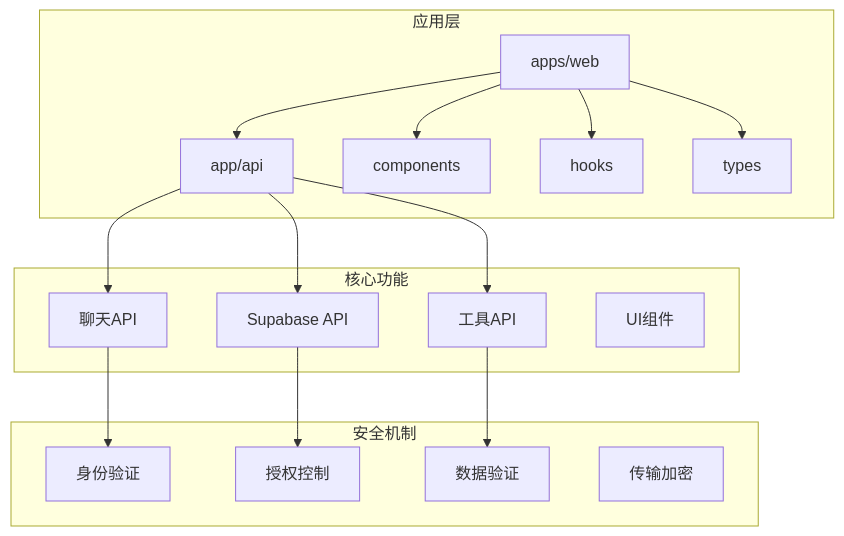
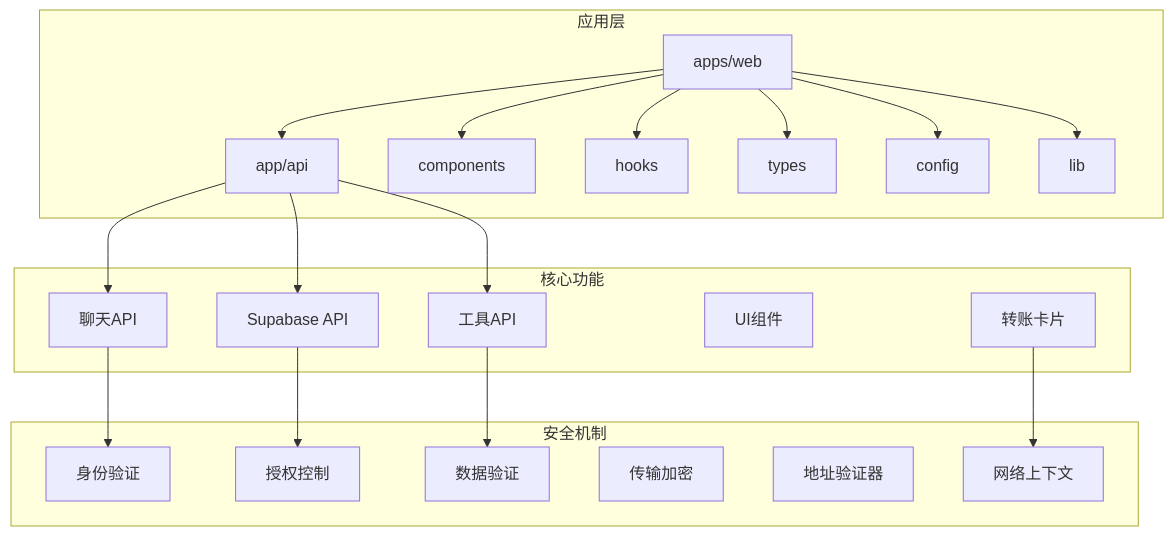
Before and after one commit to CryptoLinxu/Web3-AI-Agent: the first of 13 diagrams in .qoder/repowiki/zh/content/API参考文档/聊天API安全增强.md, drawn with Mermaid. The commit also changed other lines of this file and 9 other files, not shown here.

````diff
--- a/.qoder/repowiki/zh/content/API参考文档/聊天API安全增强.md
+++ b/.qoder/repowiki/zh/content/API参考文档/聊天API安全增强.md
@@ -46,32 +54,40 @@
 ```mermaid
 graph TB
 subgraph "应用层"
 Web[apps/web]
 API[app/api]
 Components[components]
 Hooks[hooks]
 Types[types]
+Config[config]
+Lib[lib]
 end
 subgraph "核心功能"
 ChatAPI[聊天API]
 SupabaseAPI[Supabase API]
 ToolsAPI[工具API]
 UIComponents[UI组件]
+TransferCards[转账卡片]
 end
 subgraph "安全机制"
 Auth[身份验证]
 Authorization[授权控制]
 Validation[数据验证]
 Encryption[传输加密]
+AddressValidator[地址验证器]
+NetworkContext[网络上下文]
 end
 Web --> API
 Web --> Components
 Web --> Hooks
 Web --> Types
+Web --> Config
+Web --> Lib
 API --> ChatAPI
 API --> SupabaseAPI
 API --> ToolsAPI
 ChatAPI --> Auth
 SupabaseAPI --> Authorization
 ToolsAPI --> Validation
+TransferCards --> NetworkContext
 ```
````
